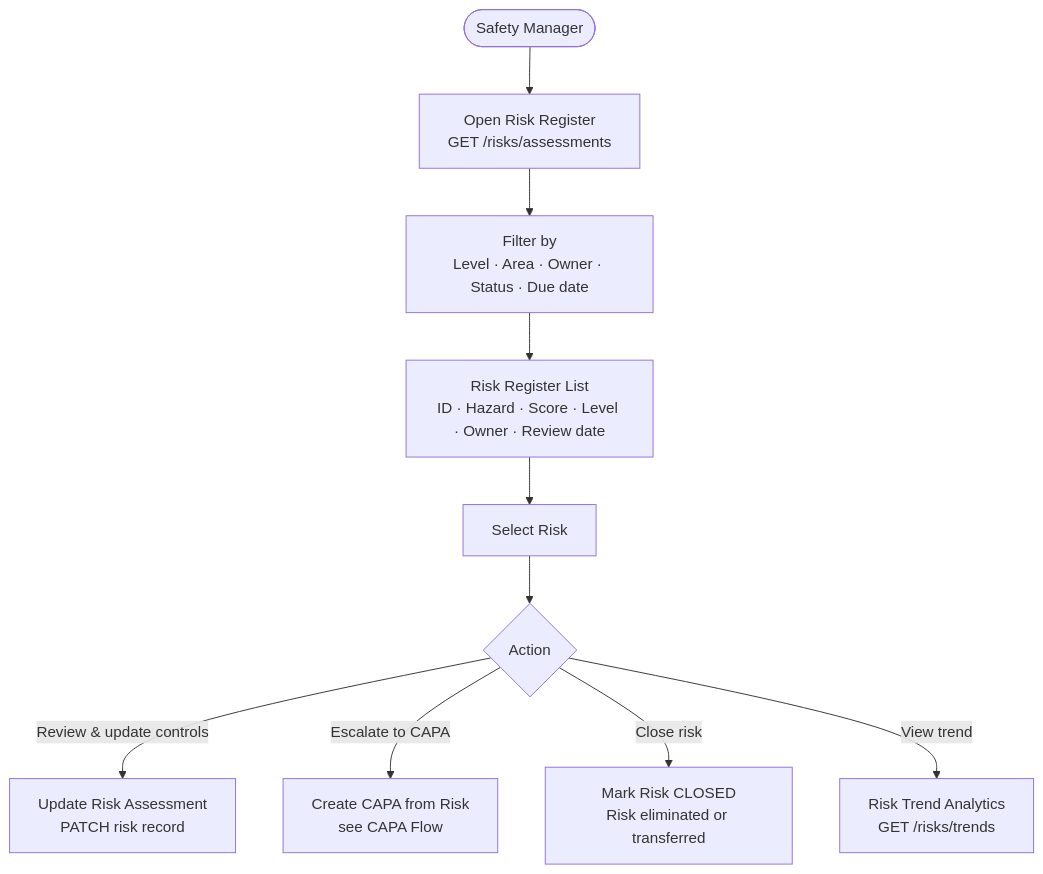
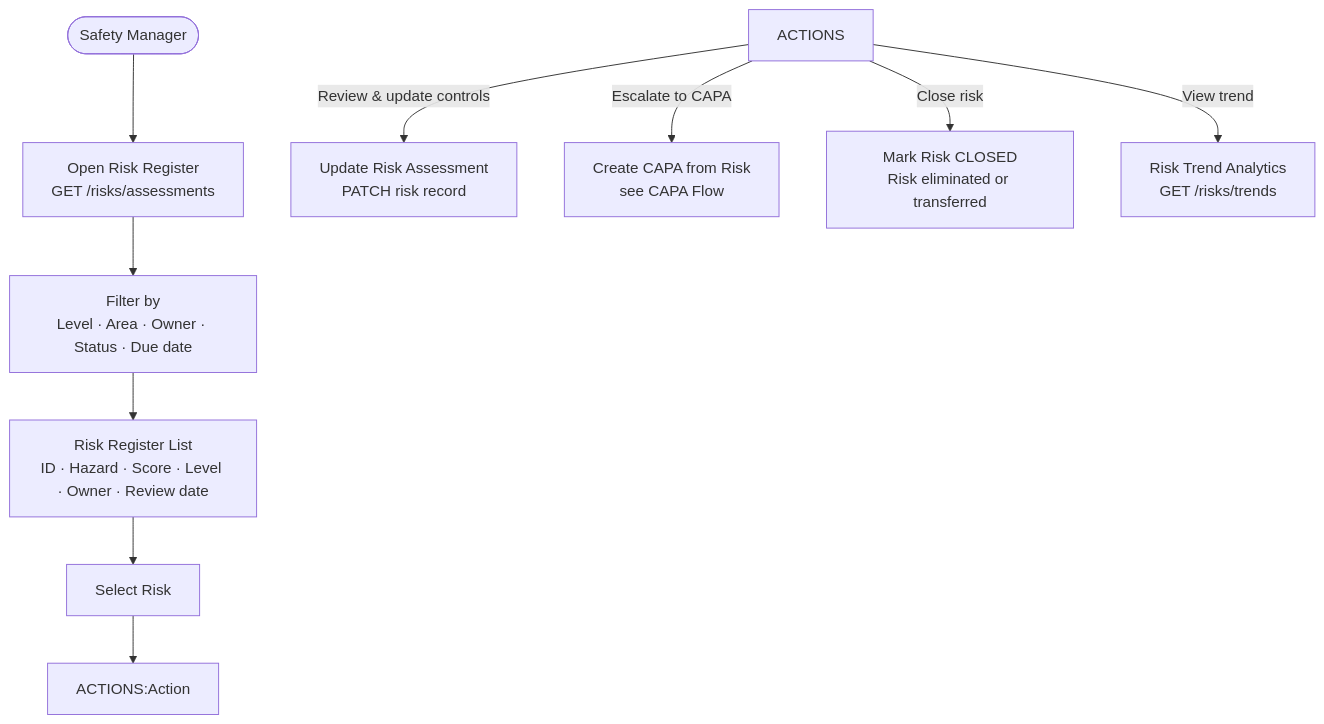
Before and after one commit to Nandan222001/health_smart_engage: the third of 4 diagrams in docs/diagrams/flows/06_hazard_risk_flow.md, drawn with Mermaid. The commit also changed other lines of this file and 12 other files, not shown here.

First line of the commit message:
fix: replace curly-brace URL params in Mermaid node labels

````diff
--- a/docs/diagrams/flows/06_hazard_risk_flow.md
+++ b/docs/diagrams/flows/06_hazard_risk_flow.md
@@ -58,12 +58,12 @@
 ```mermaid
 flowchart TD
     SM([Safety Manager]) --> RISK_REG[Open Risk Register\nGET /risks/assessments]
     RISK_REG --> FILTER[Filter by\nLevel · Area · Owner · Status · Due date]
     FILTER --> VIEW_LIST[Risk Register List\nID · Hazard · Score · Level · Owner · Review date]
     VIEW_LIST --> SELECT_RISK[Select Risk]
-    SELECT_RISK --> ACTIONS{Action}
+    SELECT_RISK --> ACTIONS:Action
     ACTIONS -->|Review & update controls| UPDATE_RA[Update Risk Assessment\nPATCH risk record]
     ACTIONS -->|Escalate to CAPA| CAPA_LINK[Create CAPA from Risk\nsee CAPA Flow]
     ACTIONS -->|Close risk| CLOSE_RISK[Mark Risk CLOSED\nRisk eliminated or transferred]
     ACTIONS -->|View trend| TREND[Risk Trend Analytics\nGET /risks/trends]
 ```
````
